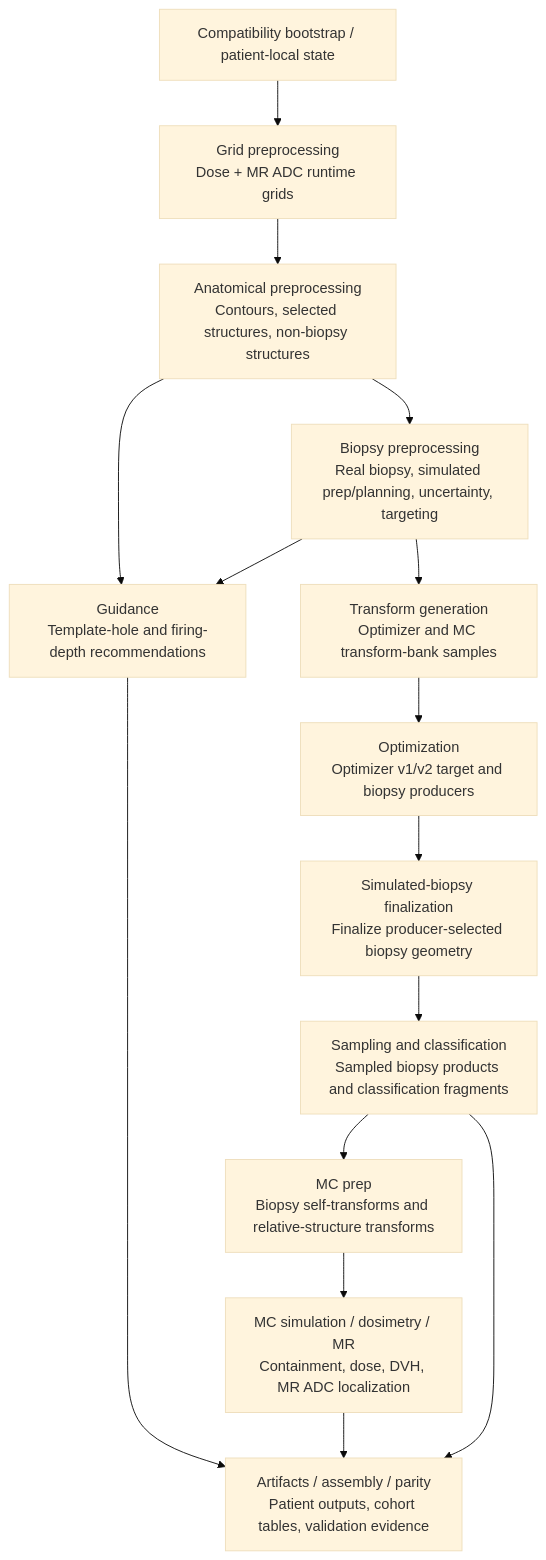
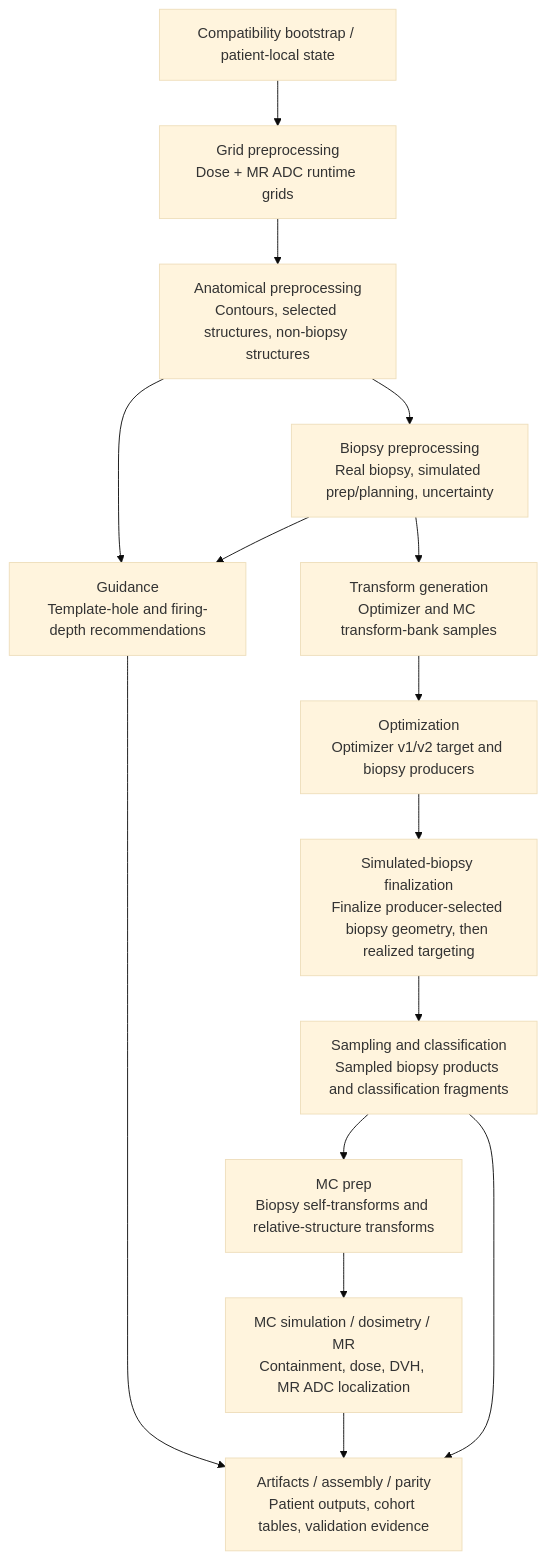
The diagram in docs/architecture/PATIENT_RUNNER_DEPENDENCY_GRAPH.md (matthewjmuscat/biopsylocalization-python), drawn with Mermaid (base theme) before and after one commit. The commit also changed other lines of this file and 4 other files, not shown here.

````diff
--- a/docs/architecture/PATIENT_RUNNER_DEPENDENCY_GRAPH.md
+++ b/docs/architecture/PATIENT_RUNNER_DEPENDENCY_GRAPH.md
@@ -77,30 +77,30 @@
 ```mermaid
 flowchart TD
    bootstrap[Compatibility bootstrap / patient-local state]
    grid[Grid preprocessing\nDose + MR ADC runtime grids]
    anatomy[Anatomical preprocessing\nContours, selected structures, non-biopsy structures]
-   biopsy[Biopsy preprocessing\nReal biopsy, simulated prep/planning, uncertainty, targeting]
+   biopsy[Biopsy preprocessing\nReal biopsy, simulated prep/planning, uncertainty]
    transforms[Transform generation\nOptimizer and MC transform-bank samples]
    optimization[Optimization\nOptimizer v1/v2 target and biopsy producers]
-   finalization[Simulated-biopsy finalization\nFinalize producer-selected biopsy geometry]
+   finalization[Simulated-biopsy finalization\nFinalize producer-selected biopsy geometry, then realized targeting]
    sampling[Sampling and classification\nSampled biopsy products and classification fragments]
    mcprep[MC prep\nBiopsy self-transforms and relative-structure transforms]
    mcsim[MC simulation / dosimetry / MR\nContainment, dose, DVH, MR ADC localization]
    guidance[Guidance\nTemplate-hole and firing-depth recommendations]
    artifacts[Artifacts / assembly / parity\nPatient outputs, cohort tables, validation evidence]
 
    bootstrap --> grid
    grid --> anatomy
    anatomy --> biopsy
    biopsy --> transforms
    transforms --> optimization
    optimization --> finalization
    finalization --> sampling
    sampling --> mcprep
    mcprep --> mcsim
    anatomy --> guidance
    biopsy --> guidance
    guidance --> artifacts
    mcsim --> artifacts
    sampling --> artifacts
 ```
````
